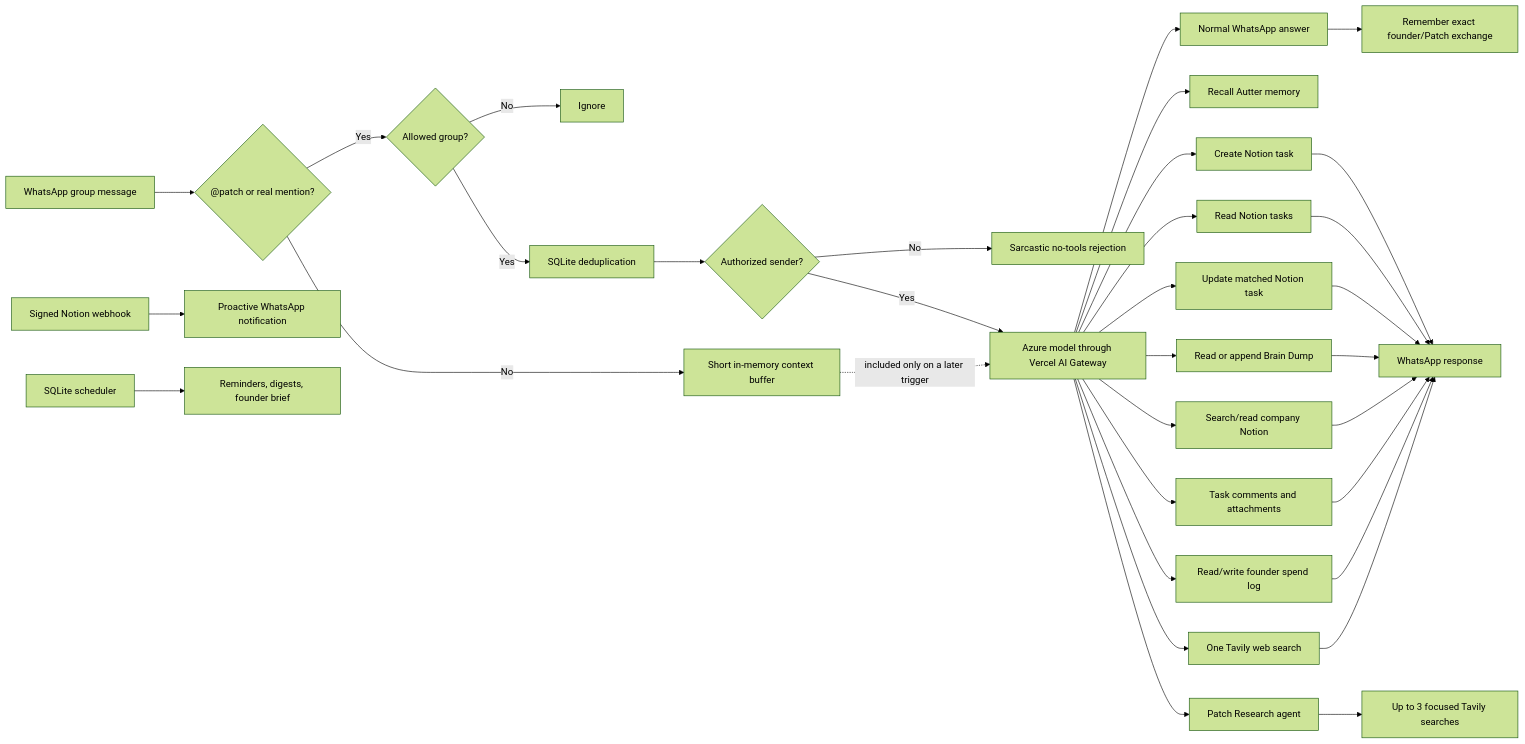
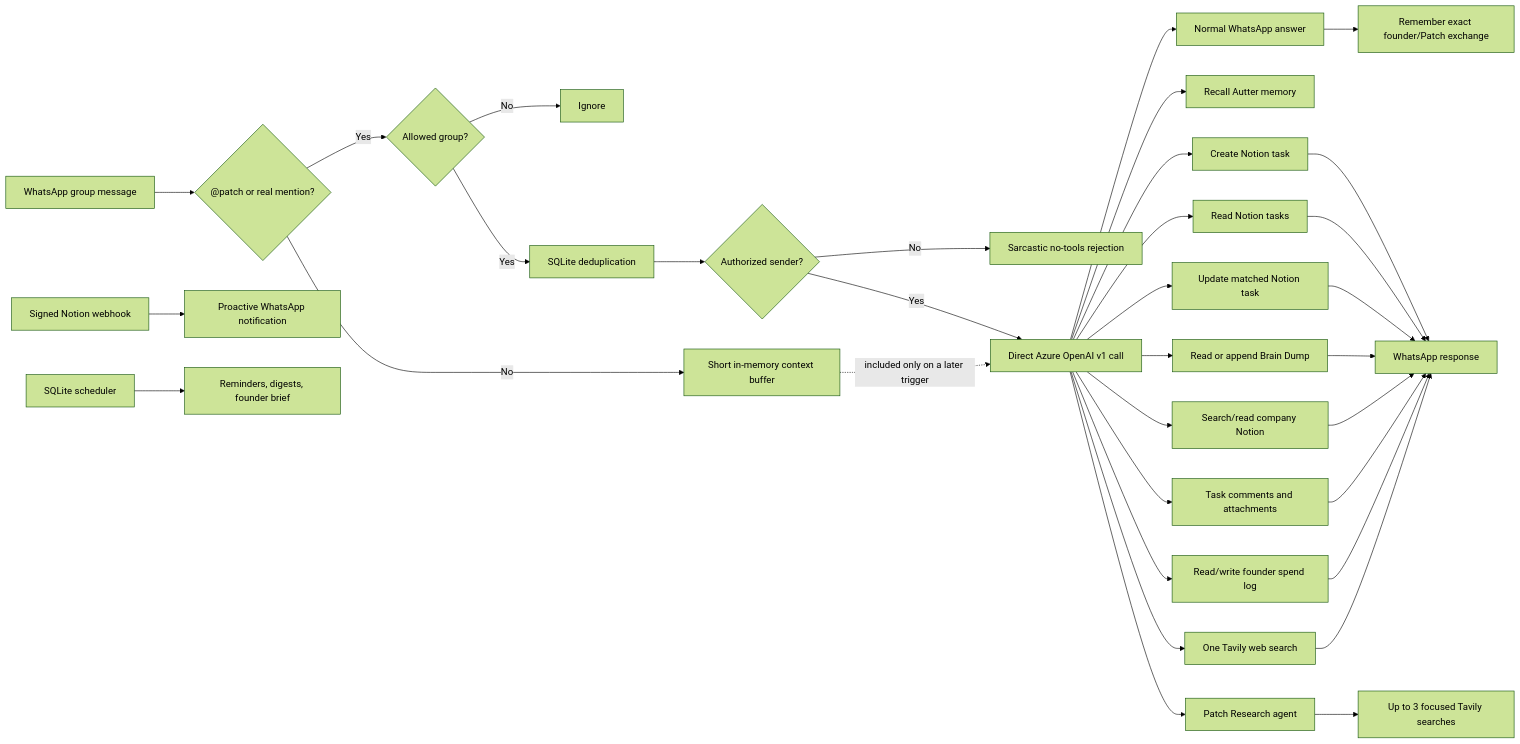
The diagram in README.md (sagnik11/dia-whatsapp-bot), drawn with Mermaid (forest theme) before and after one commit. The commit also changed other lines of this file and 12 other files, not shown here.

Commit message:
Call Azure OpenAI directly

````diff
--- a/README.md
+++ b/README.md
@@ -78,35 +78,35 @@
 ```mermaid
 flowchart LR
     W["WhatsApp group message"] --> T{"@patch or real mention?"}
     T -- No --> C["Short in-memory context buffer"]
     T -- Yes --> G{"Allowed group?"}
     G -- No --> X["Ignore"]
     G -- Yes --> D["SQLite deduplication"]
     D --> U{"Authorized sender?"}
     U -- No --> R["Sarcastic no-tools rejection"]
-    U -- Yes --> A["Azure model through Vercel AI Gateway"]
+    U -- Yes --> A["Direct Azure OpenAI v1 call"]
     C -.->|included only on a later trigger| A
     A --> Q["Normal WhatsApp answer"]
     A --> MR["Recall Autter memory"]
     Q --> MW["Remember exact founder/Patch exchange"]
     A --> N1["Create Notion task"]
     A --> N2["Read Notion tasks"]
     A --> N5["Update matched Notion task"]
     A --> N3["Read or append Brain Dump"]
     A --> N4["Search/read company Notion"]
     A --> N6["Task comments and attachments"]
     A --> N7["Read/write founder spend log"]
     A --> S["One Tavily web search"]
     A --> RA["Patch Research agent"]
     RA --> MS["Up to 3 focused Tavily searches"]
     NW["Signed Notion webhook"] --> PN["Proactive WhatsApp notification"]
     SC["SQLite scheduler"] --> FB["Reminders, digests, founder brief"]
     N1 --> O["WhatsApp response"]
     N2 --> O
     N5 --> O
     N3 --> O
     N4 --> O
     N6 --> O
     N7 --> O
     S --> O
 ```
````
